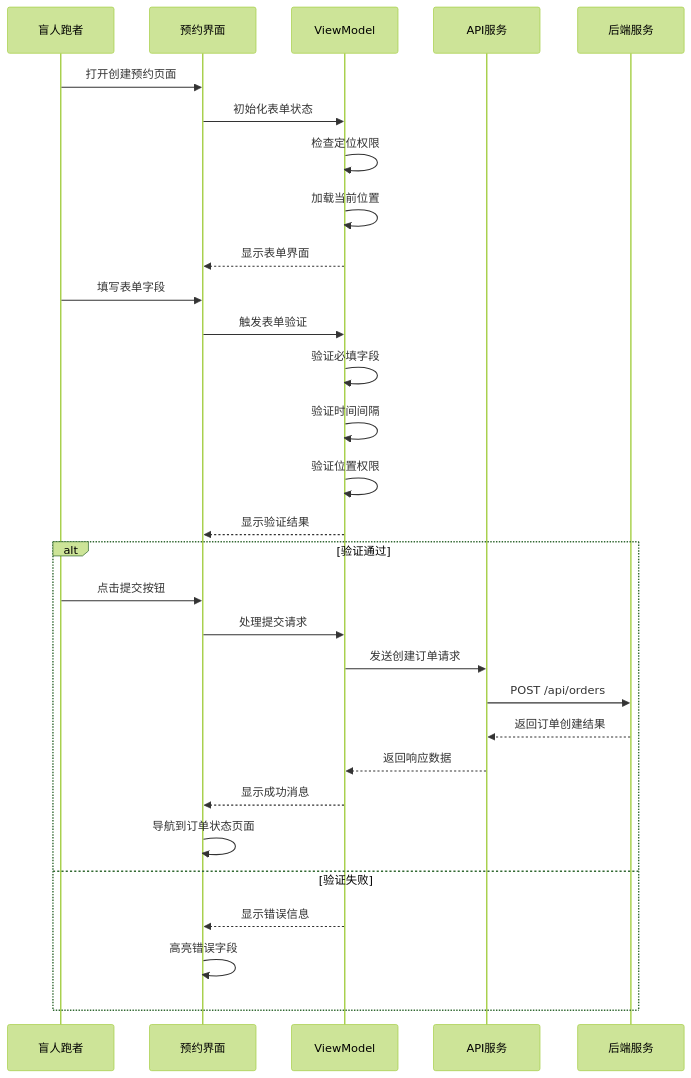
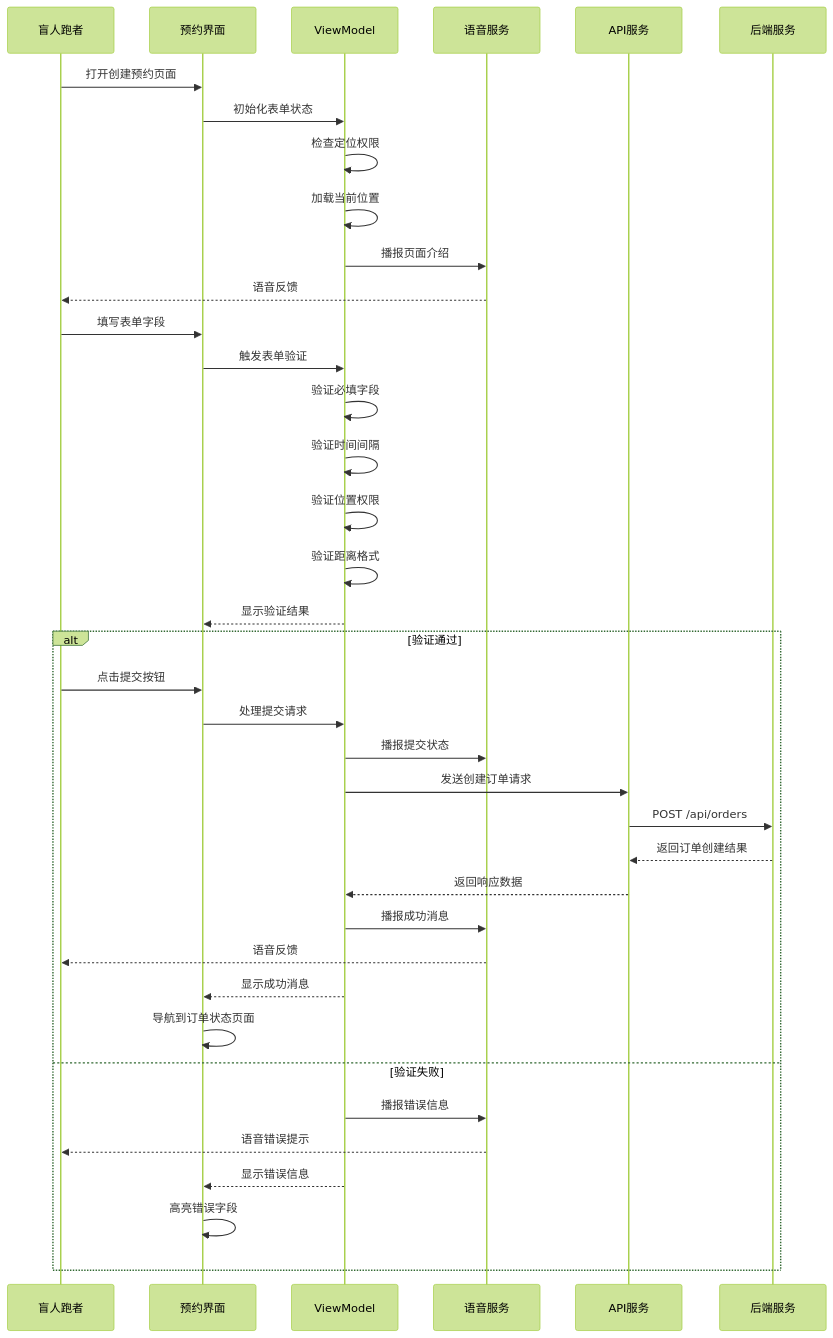
Before and after one commit to Jayden23018/blind-run-ios: the eighth of 10 diagrams in .qoder/repowiki/zh/content/核心功能模块/盲人跑者功能/预约创建系统.md, drawn with Mermaid (forest theme). The commit also changed other lines of this file and 14 other files, not shown here.

Commit message:
Improve blind runner booking map and speech input flows

````diff
--- a/.qoder/repowiki/zh/content/核心功能模块/盲人跑者功能/预约创建系统.md
+++ b/.qoder/repowiki/zh/content/核心功能模块/盲人跑者功能/预约创建系统.md
@@ -326,32 +414,40 @@
 ```mermaid
 sequenceDiagram
 participant BR as 盲人跑者
 participant UI as 预约界面
 participant VM as ViewModel
+participant Speech as 语音服务
 participant APIService as API服务
 participant Backend as 后端服务
 BR->>UI : 打开创建预约页面
 UI->>VM : 初始化表单状态
 VM->>VM : 检查定位权限
 VM->>VM : 加载当前位置
-VM-->>UI : 显示表单界面
+VM->>Speech : 播报页面介绍
+Speech-->>BR : 语音反馈
 BR->>UI : 填写表单字段
 UI->>VM : 触发表单验证
 VM->>VM : 验证必填字段
 VM->>VM : 验证时间间隔
 VM->>VM : 验证位置权限
+VM->>VM : 验证距离格式
 VM-->>UI : 显示验证结果
 alt 验证通过
 BR->>UI : 点击提交按钮
 UI->>VM : 处理提交请求
+VM->>Speech : 播报提交状态
 VM->>APIService : 发送创建订单请求
 APIService->>Backend : POST /api/orders
 Backend-->>APIService : 返回订单创建结果
 APIService-->>VM : 返回响应数据
+VM->>Speech : 播报成功消息
+Speech-->>BR : 语音反馈
 VM-->>UI : 显示成功消息
 UI->>UI : 导航到订单状态页面
 else 验证失败
+VM->>Speech : 播报错误信息
+Speech-->>BR : 语音错误提示
 VM-->>UI : 显示错误信息
 UI->>UI : 高亮错误字段
 end
 ```
````
